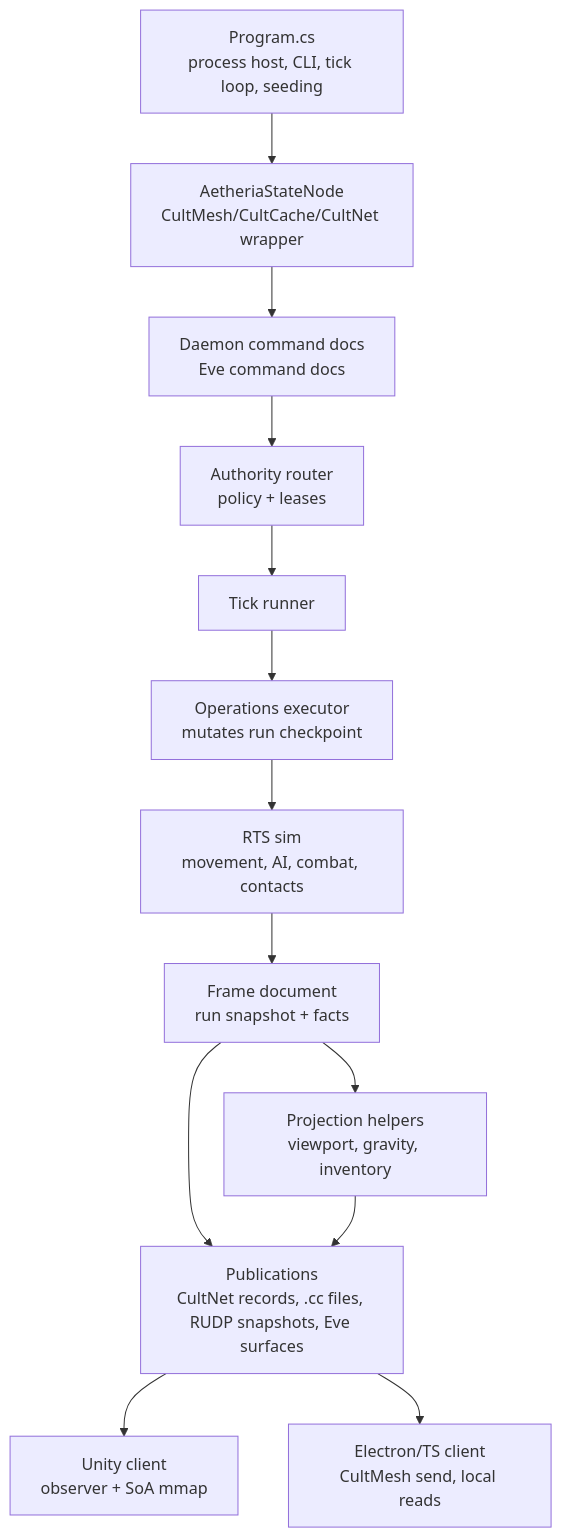
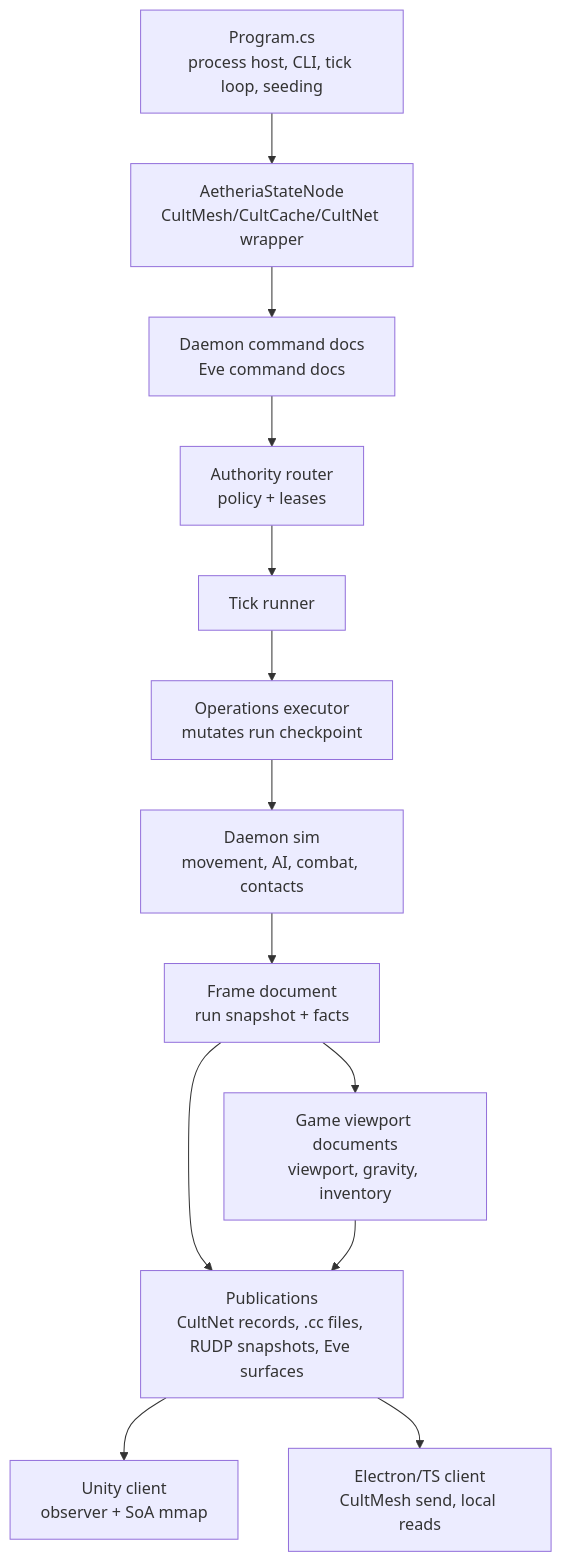
The first of 2 diagrams in Aetheria.State/docs/daemon-code-map-for-rust-port.md (GameCult/AetheriaEve), drawn with Mermaid before and after one commit. The commit also changed other lines of this file and 3 other files, not shown here.

````diff
--- a/Aetheria.State/docs/daemon-code-map-for-rust-port.md
+++ b/Aetheria.State/docs/daemon-code-map-for-rust-port.md
@@ -25,28 +25,28 @@
 ```mermaid
 flowchart TD
     Host["Program.cs\nprocess host, CLI, tick loop, seeding"]
     Node["AetheriaStateNode\nCultMesh/CultCache/CultNet wrapper"]
     Commands["Daemon command docs\nEve command docs"]
     Authority["Authority router\npolicy + leases"]
     Tick["Tick runner"]
     Ops["Operations executor\nmutates run checkpoint"]
-    Sim["RTS sim\nmovement, AI, combat, contacts"]
+    Sim["Daemon sim\nmovement, AI, combat, contacts"]
     Frame["Frame document\nrun snapshot + facts"]
-    Projection["Projection helpers\nviewport, gravity, inventory"]
+    Projection["Game viewport documents\nviewport, gravity, inventory"]
     Publications["Publications\nCultNet records, .cc files, RUDP snapshots, Eve surfaces"]
     Unity["Unity client\nobserver + SoA mmap"]
     TS["Electron/TS client\nCultMesh send, local reads"]
 
     Host --> Node
     Node --> Commands
     Commands --> Authority
     Authority --> Tick
     Tick --> Ops
     Ops --> Sim
     Sim --> Frame
     Frame --> Projection
     Frame --> Publications
     Projection --> Publications
     Publications --> Unity
     Publications --> TS
 ```
````
